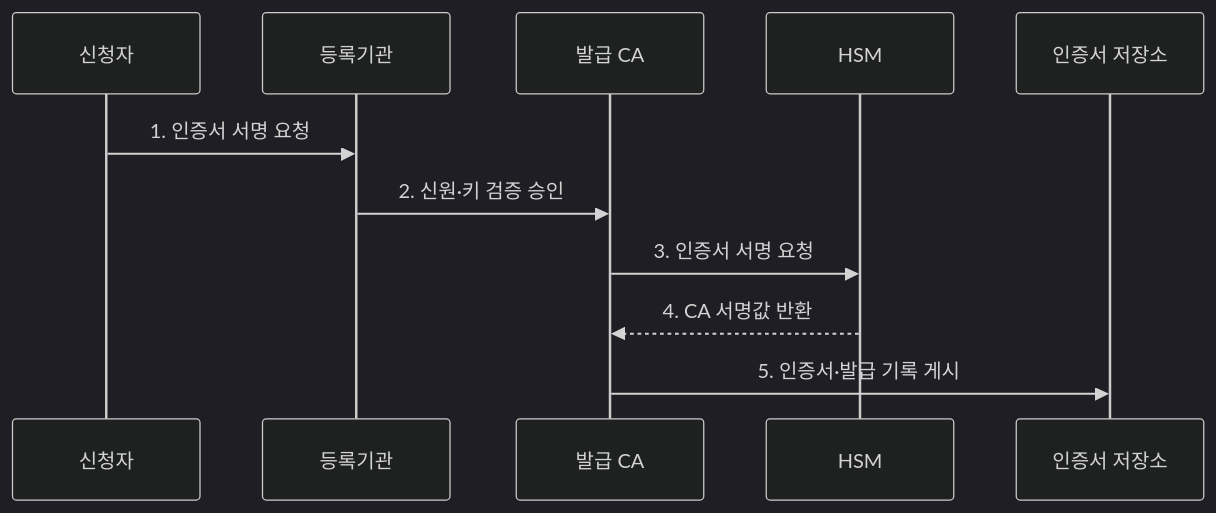
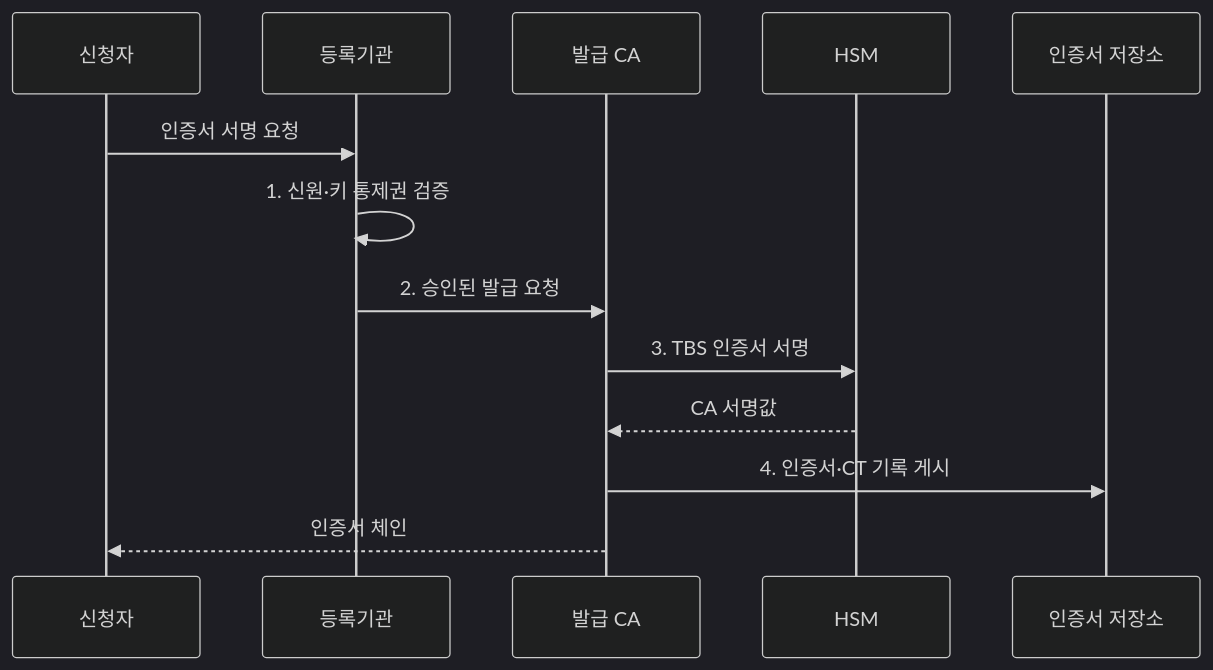
The second of 2 diagrams in src/content/docs/notes/05-security/009_certificate_authority.md (agnusdei1207/knowledge-base), drawn with Mermaid (dark theme) before and after one commit. The commit also changed other lines of this file and 20 other files, not shown here.

````diff
--- a/src/content/docs/notes/05-security/009_certificate_authority.md
+++ b/src/content/docs/notes/05-security/009_certificate_authority.md
@@ -87,13 +86,15 @@
 ```mermaid
 sequenceDiagram
     participant S as 신청자
     participant R as 등록기관
     participant C as 발급 CA
     participant H as HSM
     participant P as 인증서 저장소
-    S->>R: 1. 인증서 서명 요청
-    R->>C: 2. 신원·키 검증 승인
-    C->>H: 3. 인증서 서명 요청
-    H-->>C: 4. CA 서명값 반환
-    C->>P: 5. 인증서·발급 기록 게시
+    S->>R: 인증서 서명 요청
+    R->>R: 1. 신원·키 통제권 검증
+    R->>C: 2. 승인된 발급 요청
+    C->>H: 3. TBS 인증서 서명
+    H-->>C: CA 서명값
+    C->>P: 4. 인증서·CT 기록 게시
+    C-->>S: 인증서 체인
 ```
````
